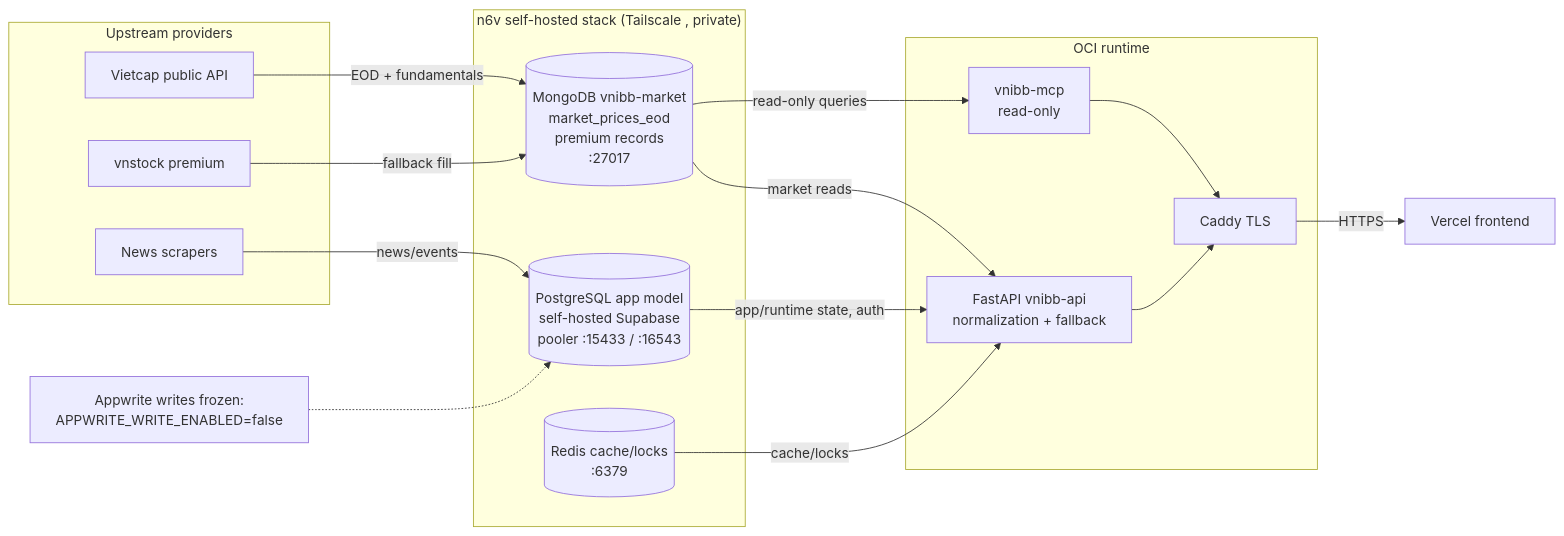
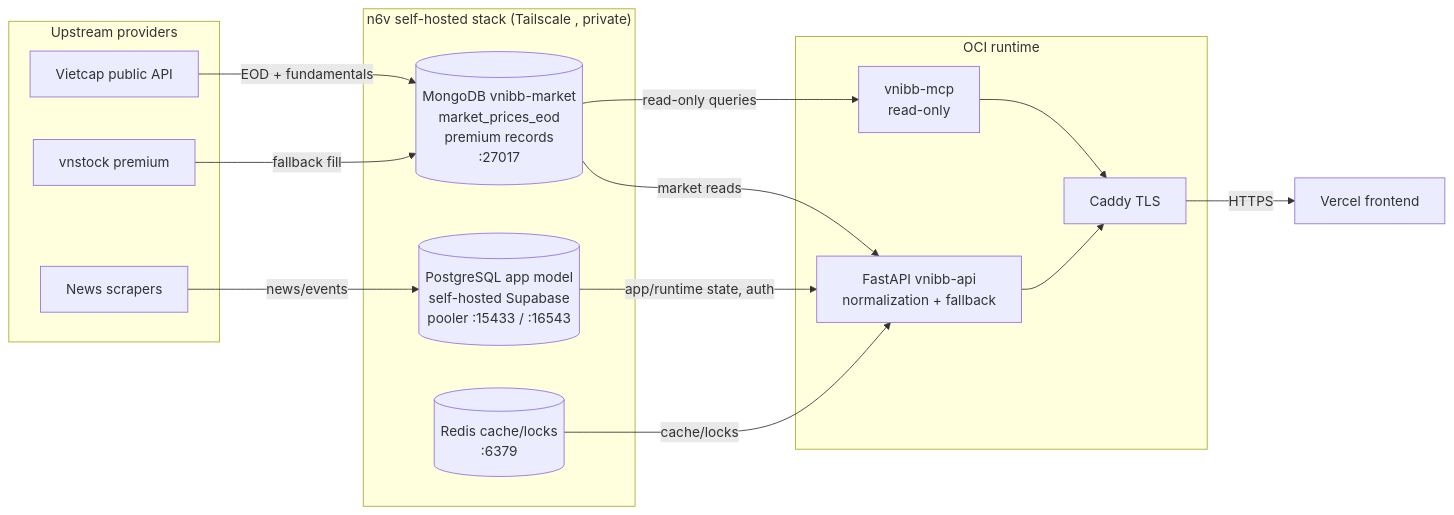
Before and after one commit to Kohnnn/vnibb: the second of 2 diagrams in docs/DATABASE_SCHEMA.md, drawn with Mermaid. The commit also changed other lines of this file and 109 other files, not shown here.

````diff
--- a/docs/DATABASE_SCHEMA.md
+++ b/docs/DATABASE_SCHEMA.md
@@ -1123,35 +1101,34 @@
 ```mermaid
 flowchart LR
     subgraph Providers["Upstream providers"]
         Vietcap[Vietcap public API]
         VNStock[vnstock premium]
         Scrapers[News scrapers]
     end
 
     subgraph N6V["n6v self-hosted stack (Tailscale <n6v-tailscale-ip>, private)"]
         Mongo[(MongoDB vnibb-market<br/>market_prices_eod<br/>premium records<br/>:27017)]
         PG[(PostgreSQL app model<br/>self-hosted Supabase<br/>pooler :15433 / :16543)]
         Redis[(Redis cache/locks<br/>:6379)]
     end
 
     subgraph OCI["OCI runtime"]
         API[FastAPI vnibb-api<br/>normalization + fallback]
         MCP[vnibb-mcp<br/>read-only]
         Caddy[Caddy TLS]
     end
 
     Vietcap -->|EOD + fundamentals| Mongo
     VNStock -->|fallback fill| Mongo
     Scrapers -->|news/events| PG
 
     Mongo -->|market reads| API
     PG -->|app/runtime state, auth| API
     Redis -->|cache/locks| API
     Mongo -->|read-only queries| MCP
 
     API --> Caddy
     MCP --> Caddy
     Caddy -->|HTTPS| Vercel[Vercel frontend]
 
-    Note[Appwrite writes frozen:<br/>APPWRITE_WRITE_ENABLED=false] -.-> PG
 ```
````
